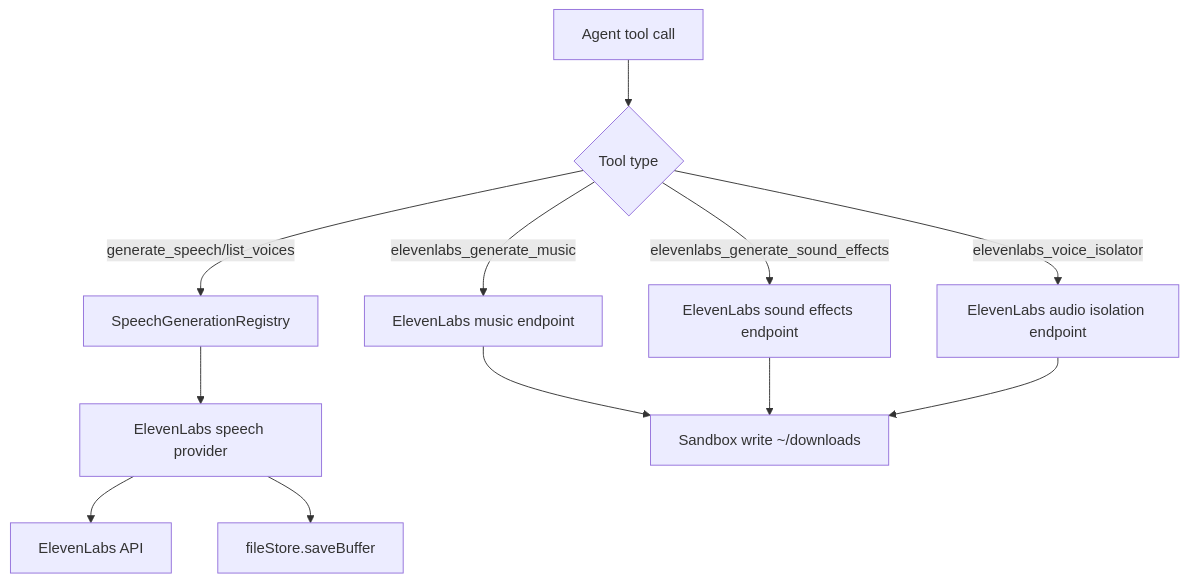
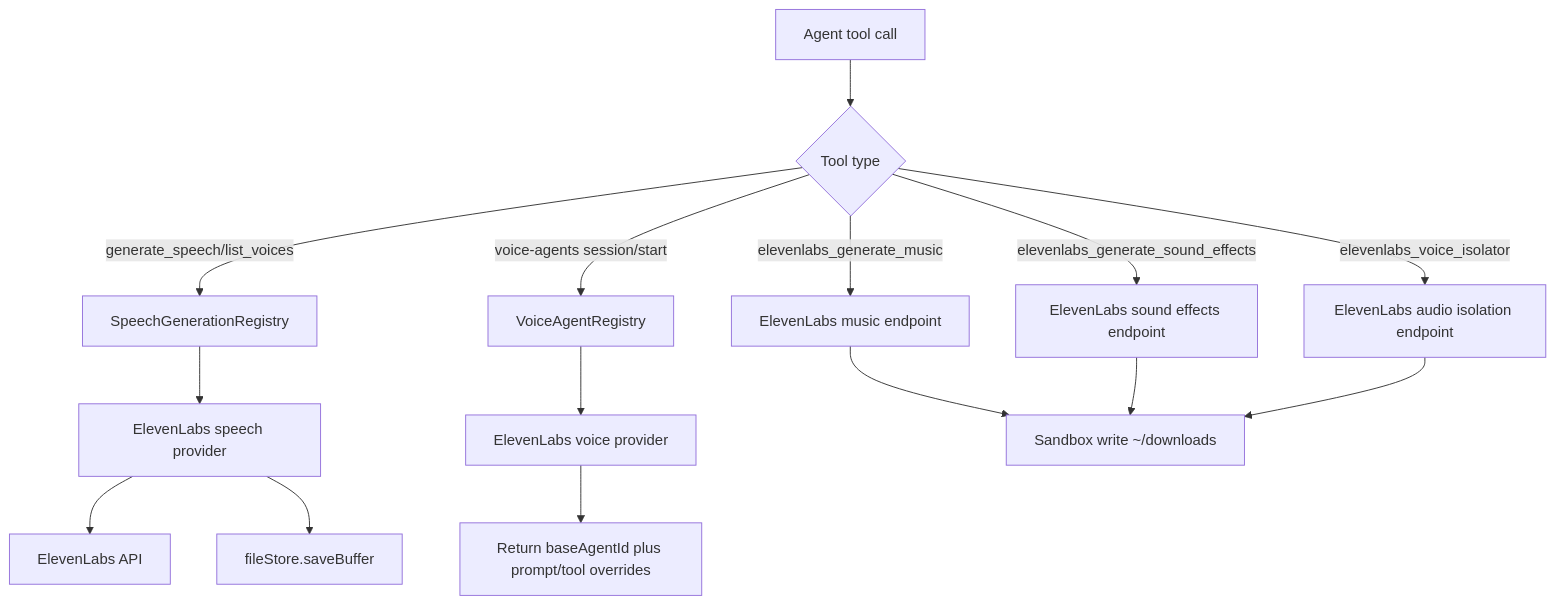
Before and after one commit to ex3ndr/daycare: the diagram in packages/daycare/sources/plugins/elevenlabs/README.md, drawn with Mermaid. The commit also changed other lines of this file and 44 other files, not shown here.

Commit message:
feat: add voice agents with elevenlabs sessions

````diff
--- a/packages/daycare/sources/plugins/elevenlabs/README.md
+++ b/packages/daycare/sources/plugins/elevenlabs/README.md
@@ -38,14 +52,17 @@
 ```mermaid
 flowchart TD
     A[Agent tool call] --> B{Tool type}
     B -->|generate_speech/list_voices| C[SpeechGenerationRegistry]
     C --> D[ElevenLabs speech provider]
     D --> E[ElevenLabs API]
     D --> F[fileStore.saveBuffer]
+    B -->|voice-agents session/start| K[VoiceAgentRegistry]
+    K --> L[ElevenLabs voice provider]
+    L --> M[Return baseAgentId plus prompt/tool overrides]
     B -->|elevenlabs_generate_music| G[ElevenLabs music endpoint]
     B -->|elevenlabs_generate_sound_effects| H[ElevenLabs sound effects endpoint]
     B -->|elevenlabs_voice_isolator| I[ElevenLabs audio isolation endpoint]
     G --> J[Sandbox write ~/downloads]
     H --> J
     I --> J
 ```
````
